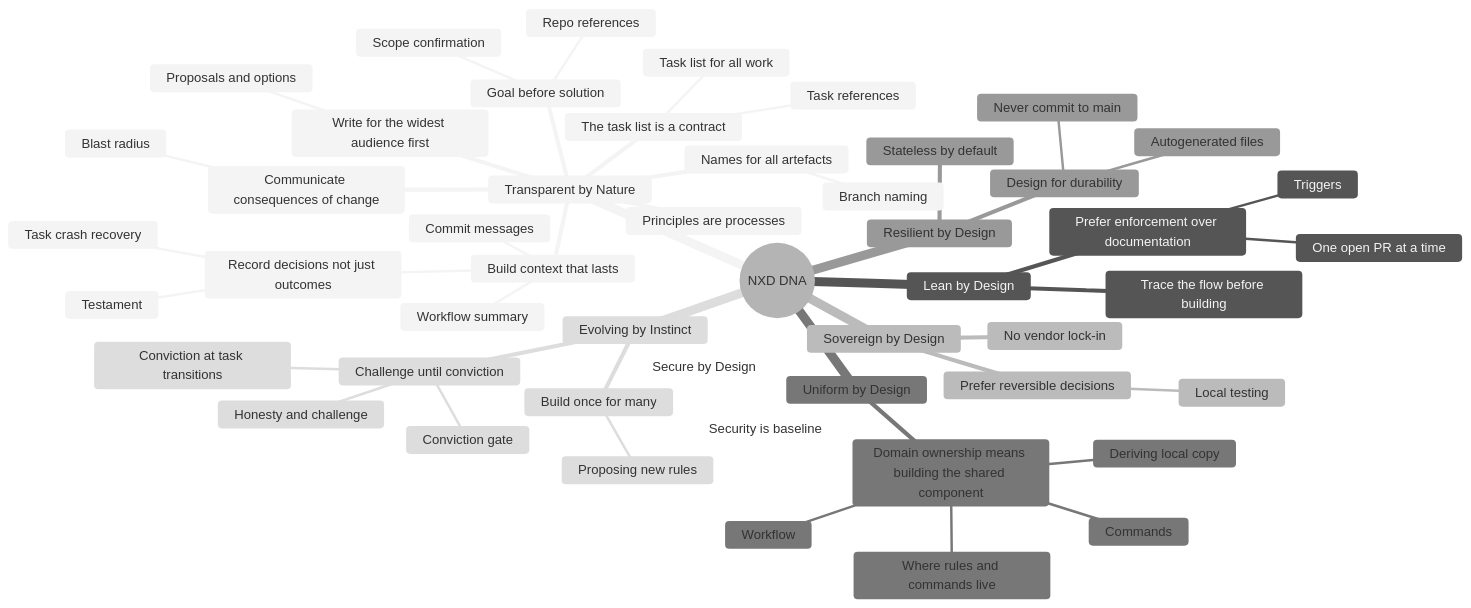
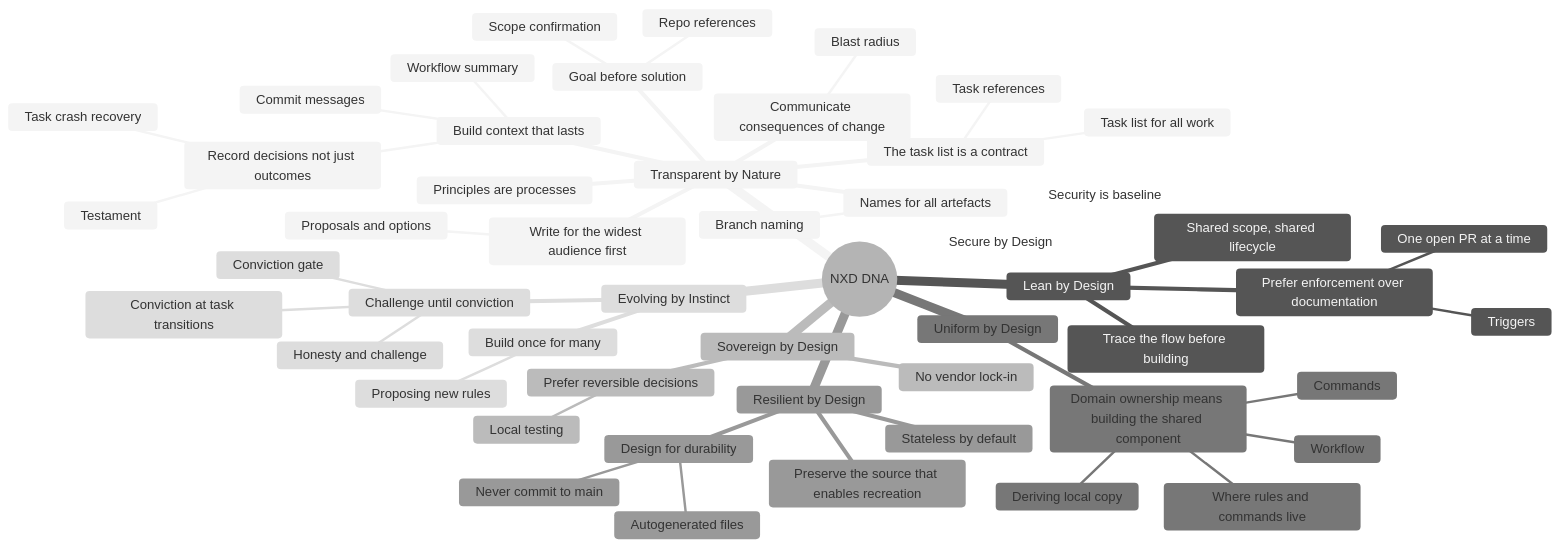
Before and after one commit to NXD-Solutions/.github: the diagram in dna-diagram-test.md, drawn with Mermaid (neutral theme). The commit also changed 4 other files, not shown here.

First line of the commit message:
Add two principles: Preserve the source, Shared scope shared lifecycle (#150)

````diff
--- a/dna-diagram-test.md
+++ b/dna-diagram-test.md
@@ -3,53 +3,55 @@
 ```mermaid
 mindmap
   root((NXD DNA))
     Transparent by Nature
       Principles are processes
       Goal before solution
         Scope confirmation
         Repo references
       Build context that lasts
         Commit messages
         Workflow summary
         Record decisions not just outcomes
           Task crash recovery
           Testament
       The task list is a contract
         Task list for all work
         Task references
       Communicate consequences of change
         Blast radius
       Names for all artefacts
         Branch naming
       Write for the widest audience first
         Proposals and options
     Lean by Design
+      Shared scope, shared lifecycle
       Prefer enforcement over documentation
         Triggers
         One open PR at a time
       Trace the flow before building
     Sovereign by Design
       No vendor lock-in
       Prefer reversible decisions
         Local testing
     Uniform by Design
       Domain ownership means building the shared component
         Where rules and commands live
         Workflow
         Deriving local copy
         Commands
     Resilient by Design
+      Preserve the source that enables recreation
       Design for durability
         Never commit to main
         Autogenerated files
       Stateless by default
     Evolving by Instinct
       Challenge until conviction
         Honesty and challenge
         Conviction gate
         Conviction at task transitions
       Build once for many
         Proposing new rules
     Secure by Design
       Security is baseline
 ```
````
